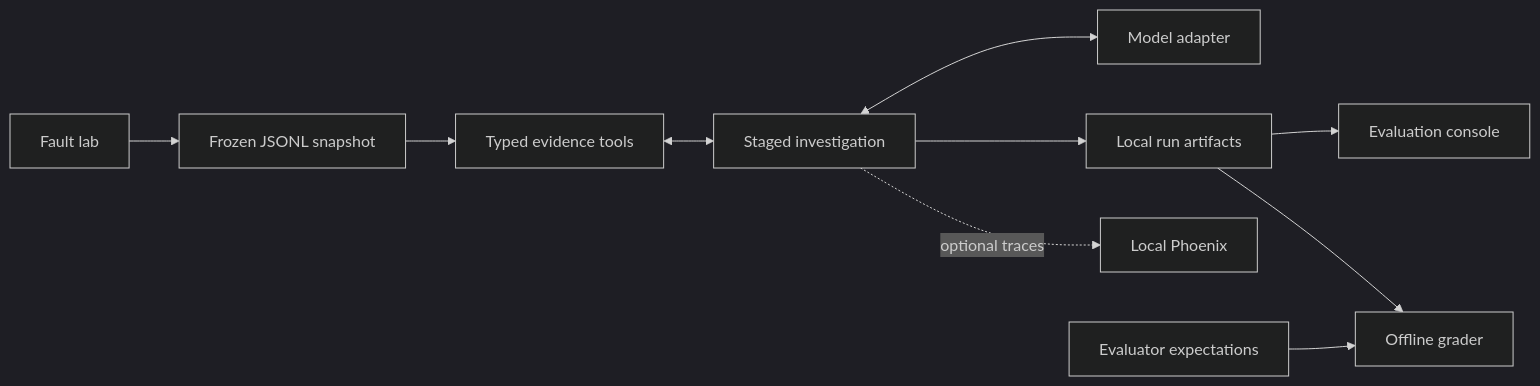
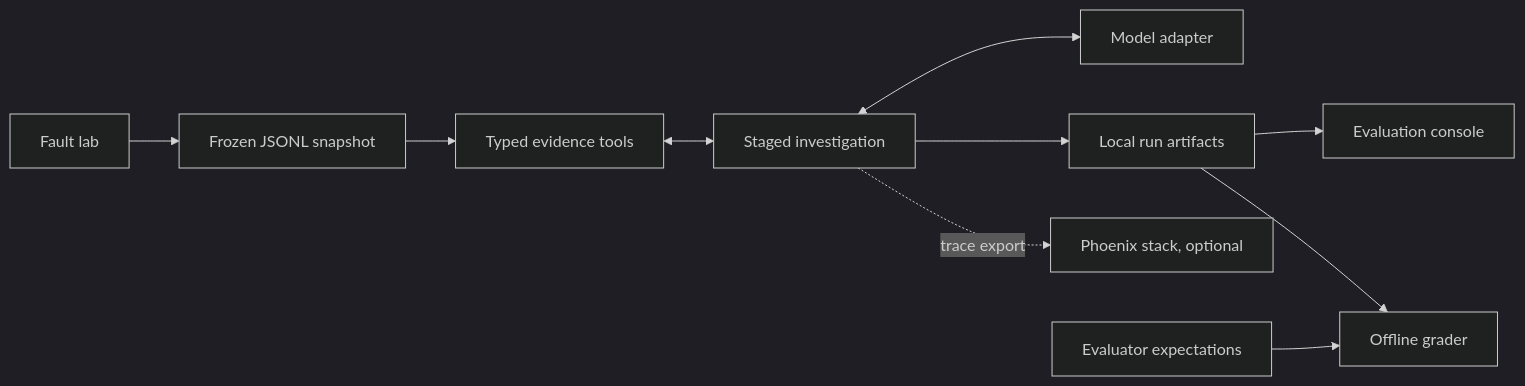
The diagram in docs/architecture.md (knocBack/incident-investigator), drawn with Mermaid (dark theme) before and after one commit. The commit also changed other lines of this file and 9 other files, not shown here.

````diff
--- a/docs/architecture.md
+++ b/docs/architecture.md
@@ -7,12 +7,12 @@
 ```mermaid
 flowchart LR
     L[Fault lab] --> S[Frozen JSONL snapshot]
     S --> T[Typed evidence tools]
     T <--> G[Staged investigation]
     G <--> M[Model adapter]
     G --> A[Local run artifacts]
-    G -. optional traces .-> P[Local Phoenix]
+    G -. trace export .-> P[Phoenix stack, optional]
     A --> C[Evaluation console]
     A --> E[Offline grader]
     K[Evaluator expectations] --> E
 ```
````
